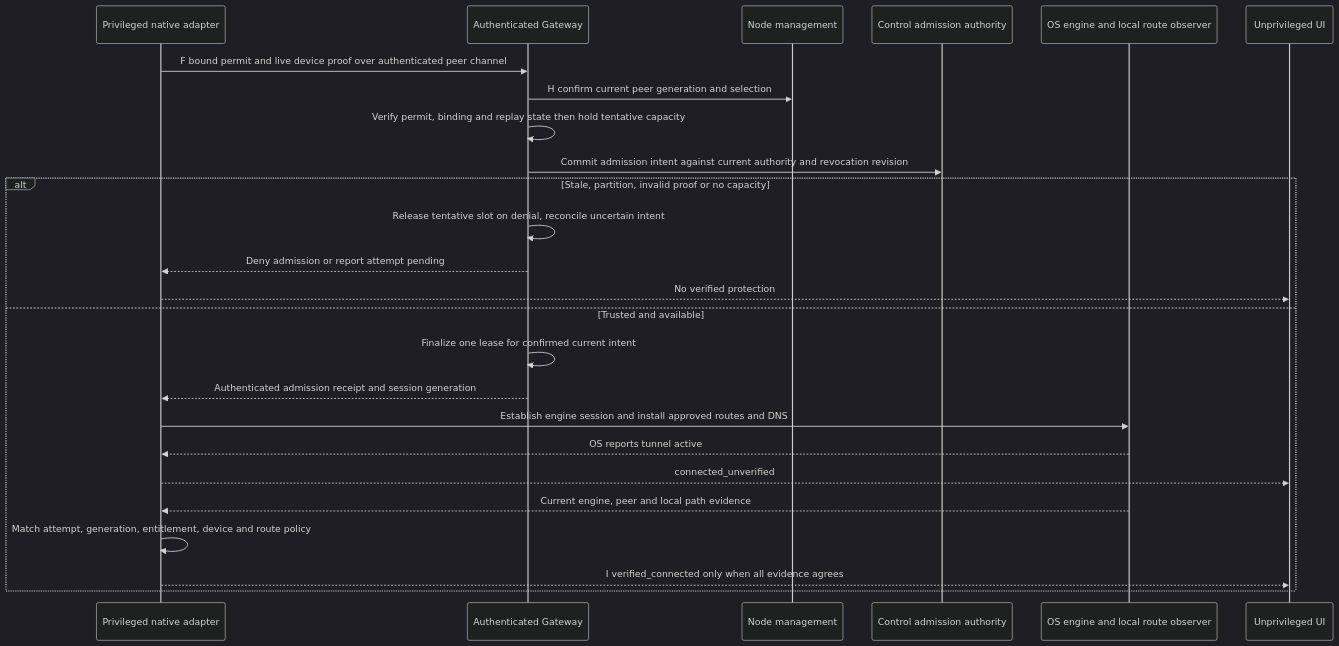
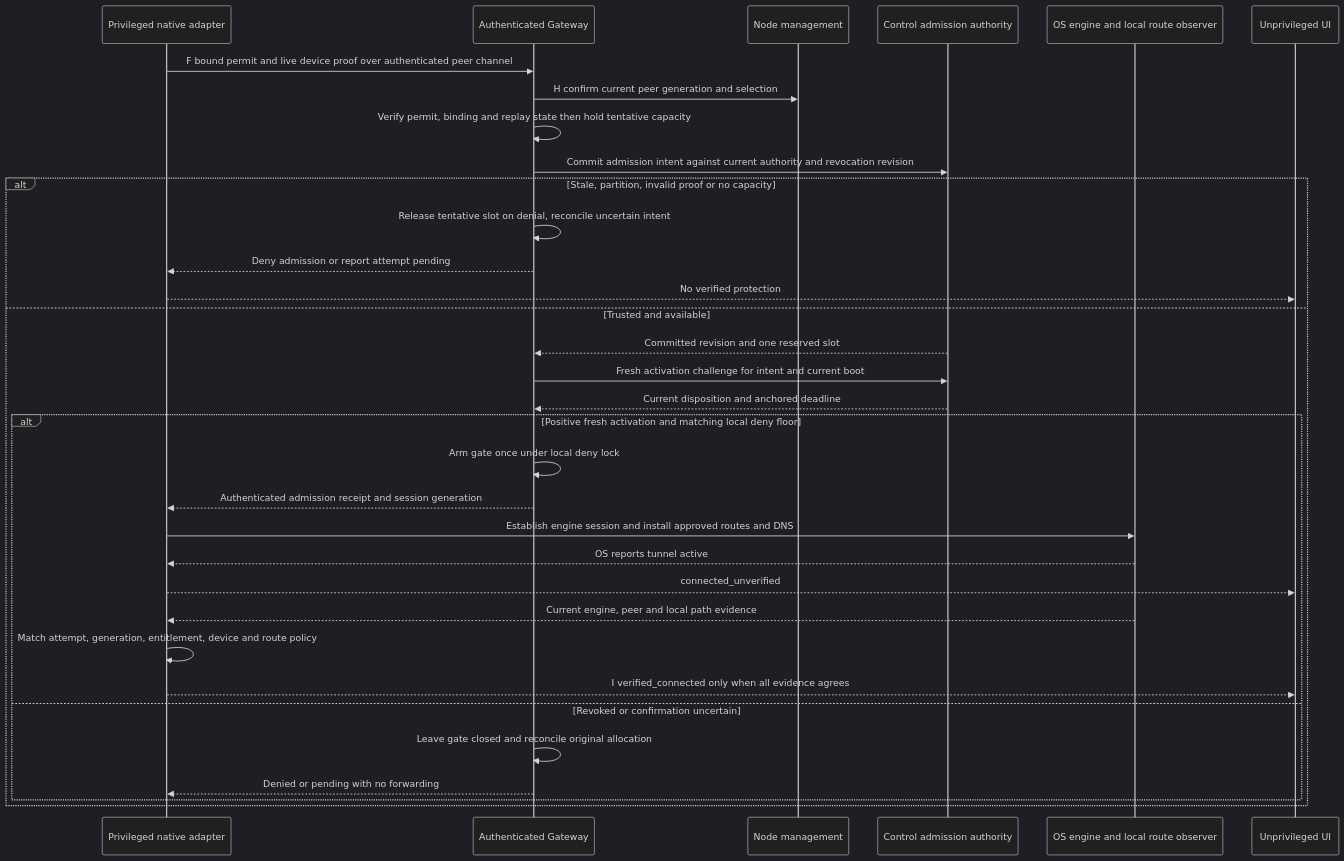
Before and after one commit to Dimash313/Wexum: the fourth of 11 diagrams in docs/products/vpn/COMPONENTS.md, drawn with Mermaid (dark theme). The commit also changed other lines of this file and 4 other files, not shown here.

````diff
--- a/docs/products/vpn/COMPONENTS.md
+++ b/docs/products/vpn/COMPONENTS.md
@@ -121,27 +128,35 @@
 ```mermaid
 sequenceDiagram
   participant C as Privileged native adapter
   participant G as Authenticated Gateway
   participant M as Node management
   participant A as Control admission authority
   participant O as OS engine and local route observer
   participant U as Unprivileged UI
   C->>G: F bound permit and live device proof over authenticated peer channel
   G->>M: H confirm current peer generation and selection
   G->>G: Verify permit, binding and replay state then hold tentative capacity
   G->>A: Commit admission intent against current authority and revocation revision
   alt Stale, partition, invalid proof or no capacity
     G->>G: Release tentative slot on denial, reconcile uncertain intent
     G-->>C: Deny admission or report attempt pending
     C-->>U: No verified protection
   else Trusted and available
-    G->>G: Finalize one lease for confirmed current intent
-    G-->>C: Authenticated admission receipt and session generation
-    C->>O: Establish engine session and install approved routes and DNS
-    O-->>C: OS reports tunnel active
-    C-->>U: connected_unverified
-    O-->>C: Current engine, peer and local path evidence
-    C->>C: Match attempt, generation, entitlement, device and route policy
-    C-->>U: I verified_connected only when all evidence agrees
+    A-->>G: Committed revision and one reserved slot
+    G->>A: Fresh activation challenge for intent and current boot
+    A-->>G: Current disposition and anchored deadline
+    alt Positive fresh activation and matching local deny floor
+      G->>G: Arm gate once under local deny lock
+      G-->>C: Authenticated admission receipt and session generation
+      C->>O: Establish engine session and install approved routes and DNS
+      O-->>C: OS reports tunnel active
+      C-->>U: connected_unverified
+      O-->>C: Current engine, peer and local path evidence
+      C->>C: Match attempt, generation, entitlement, device and route policy
+      C-->>U: I verified_connected only when all evidence agrees
+    else Revoked or confirmation uncertain
+      G->>G: Leave gate closed and reconcile original allocation
+      G-->>C: Denied or pending with no forwarding
+    end
   end
 ```
````
